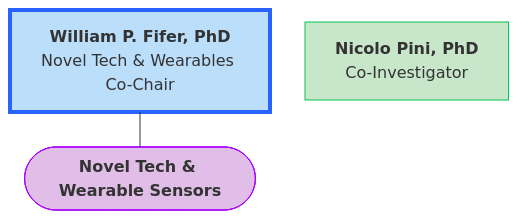
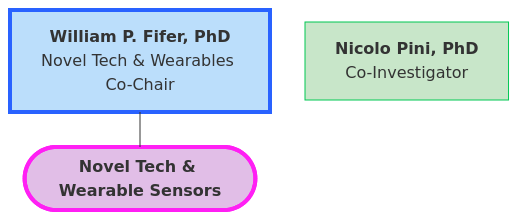
Before and after one commit to DCAN-Labs/hbcd-docs-internal: the third of 3 diagrams in docs/orgcharts.md, drawn with Mermaid.

Commit message:
columbia update

````diff
--- a/docs/orgcharts.md
+++ b/docs/orgcharts.md
@@ -957,12 +957,12 @@
 ```mermaid
 ---
 config:
   layout: elk
 ---
 flowchart TB
     B["<b>William P. Fifer, PhD</b><br>Novel Tech &amp; Wearables Co-Chair"] --- A(["<b>Novel Tech &amp; Wearable Sensors</b>"])
     C["<b>Nicolo Pini, PhD</b><br>Co-Investigator"]
     style B fill:#BBDEFB,stroke:#2962FF,stroke-width:4px
-    style A fill:#E1BEE7,stroke:#AA00FF
+    style A fill:#E1BEE7,stroke:#FF1FF4,stroke-width:4px,stroke-dasharray: 0
     style C fill:#C8E6C9,stroke:#00C853
 ```
````
